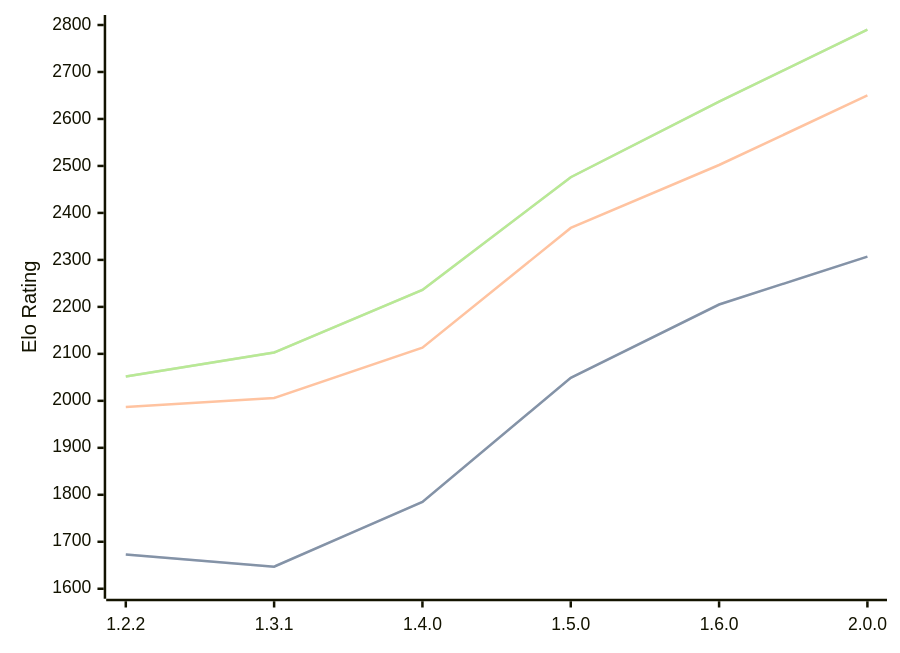
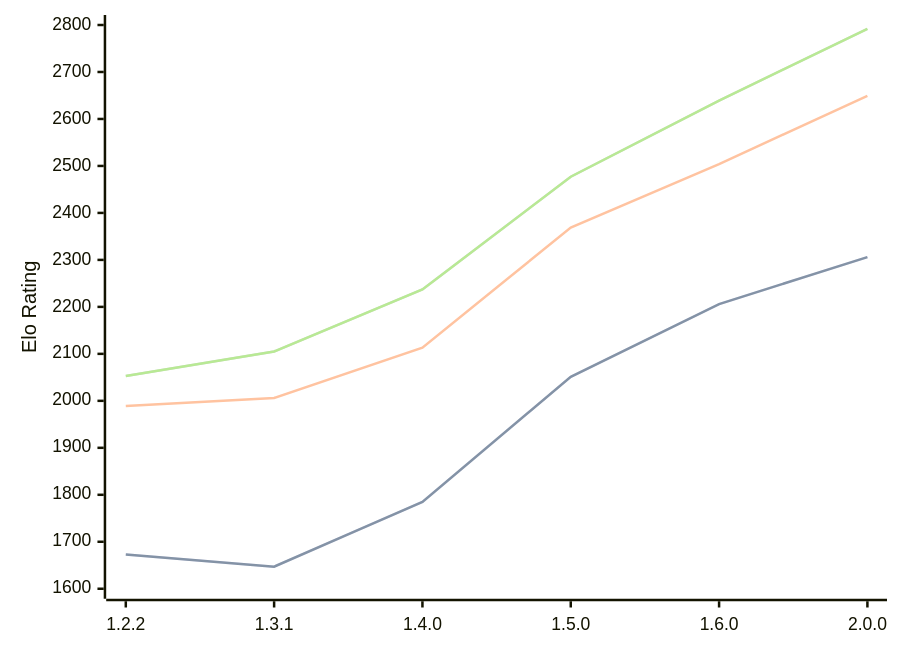
Before and after one commit to computer-chess-index/cci: the diagram in engines/SoloEngine.md, drawn with Mermaid. The commit also changed other lines of this file, not shown here.

Commit message:
Update CCI Ratings (ELO VLTC) - 2026-04-11

````diff
--- a/engines/SoloEngine.md
+++ b/engines/SoloEngine.md
@@ -36,11 +36,11 @@
 ```mermaid
 %%{init: {"theme":"base","themeVariables":{"seriesColors:['#a3a3a3','#222221','#faa371']}}}%%
 xychart-beta
   x-axis ["1.2.2", "1.3.1", "1.4.0", "1.5.0", "1.6.0", "2.0.0"]
   y-axis "Elo Rating" 1600 --> 2800
-  line "STC (8.0+0.08s)" [1673, 1647, 1785, 2049, 2205, 2307]
-  line "STC (8.0+0.08s)" [1673, 1647, 1785, 2049, 2205, 2307]
-  line "LTC (60.0+0.60s)" [1987, 2006, 2113, 2368, 2502, 2650]
-  line "VLTC (2m24s+1.12s)" [2052, 2103, 2236, 2476, 2637, 2790]
-  line "VLTC (2m24s+1.12s)" [2052, 2103, 2236, 2476, 2637, 2790]
+  line "STC (8.0+0.08s)" [1673, 1647, 1785, 2051, 2206, 2306]
+  line "STC (8.0+0.08s)" [1673, 1647, 1785, 2051, 2206, 2306]
+  line "LTC (60.0+0.60s)" [1989, 2006, 2113, 2369, 2504, 2649]
+  line "VLTC (2m24s+1.12s)" [2053, 2105, 2237, 2477, 2639, 2792]
+  line "VLTC (2m24s+1.12s)" [2053, 2105, 2237, 2477, 2639, 2792]
 ```
````
